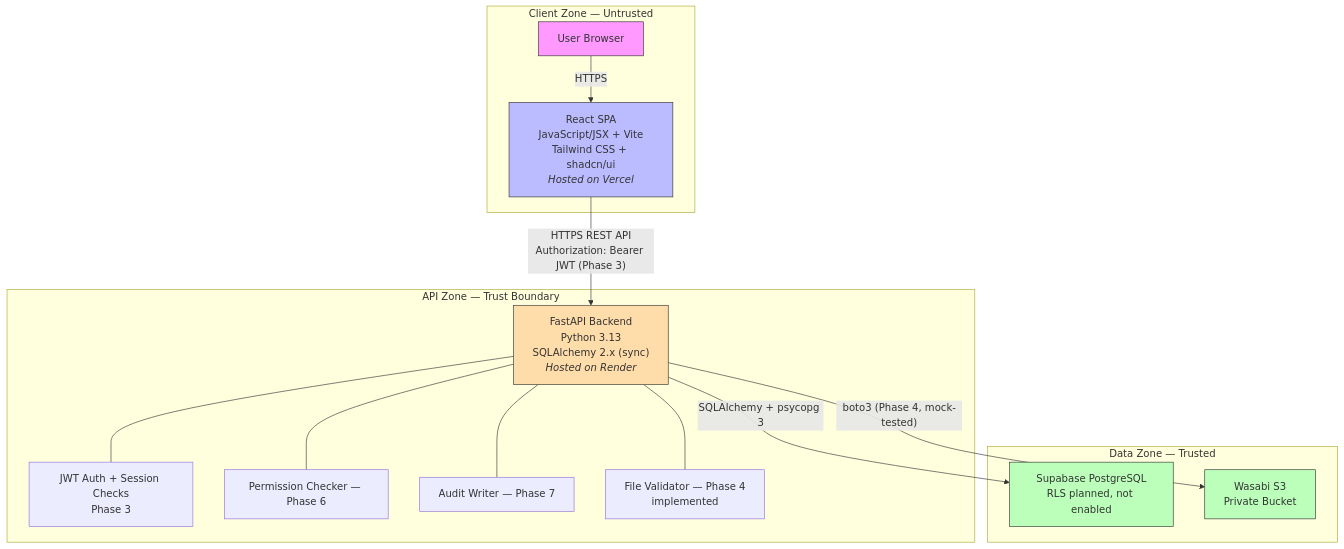
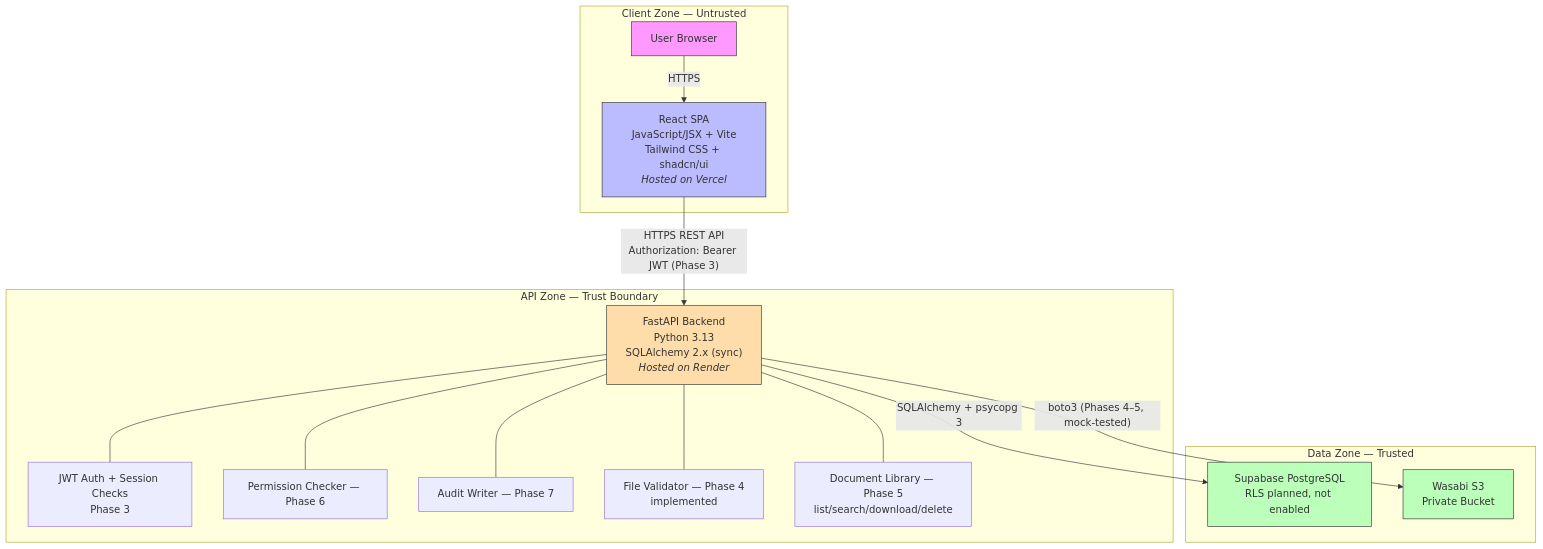
One commit to saisankeerth27/TrustVault changed the first of 4 diagrams in docs/ARCHITECTURE.md. Above: the diagram before and after it, drawn with Mermaid. The commit also changed other lines of this file and 23 other files, not shown here.

Commit message:
feat(documents): implement document management and search

````diff
--- a/docs/ARCHITECTURE.md
+++ b/docs/ARCHITECTURE.md
@@ -11,35 +11,37 @@
 ```mermaid
 graph TB
     subgraph "Client Zone — Untrusted"
         Browser["User Browser"]
         ReactSPA["React SPA<br/>JavaScript/JSX + Vite<br/>Tailwind CSS + shadcn/ui<br/><i>Hosted on Vercel</i>"]
     end
 
     subgraph "API Zone — Trust Boundary"
         API["FastAPI Backend<br/>Python 3.13<br/>SQLAlchemy 2.x (sync)<br/><i>Hosted on Render</i>"]
         AuthMW["JWT Auth + Session Checks<br/>Phase 3"]
         PermCheck["Permission Checker — Phase 6"]
         AuditSvc["Audit Writer — Phase 7"]
         FileVal["File Validator — Phase 4<br/>implemented"]
+        DocMgmt["Document Library — Phase 5<br/>list/search/download/delete"]
     end
 
     subgraph "Data Zone — Trusted"
         DB["Supabase PostgreSQL<br/>RLS planned, not enabled"]
         S3["Wasabi S3<br/>Private Bucket"]
     end
 
     Browser -->|"HTTPS"| ReactSPA
     ReactSPA -->|"HTTPS REST API<br/>Authorization: Bearer JWT (Phase 3)"| API
     API --- AuthMW
     API --- PermCheck
     API --- AuditSvc
     API --- FileVal
+    API --- DocMgmt
     API -->|"SQLAlchemy + psycopg 3"| DB
-    API -->|"boto3 (Phase 4, mock-tested)"| S3
+    API -->|"boto3 (Phases 4–5, mock-tested)"| S3
 
     style Browser fill:#f9f,stroke:#333
     style ReactSPA fill:#bbf,stroke:#333
     style API fill:#fda,stroke:#333
     style DB fill:#bfb,stroke:#333
     style S3 fill:#bfb,stroke:#333
 ```
````
